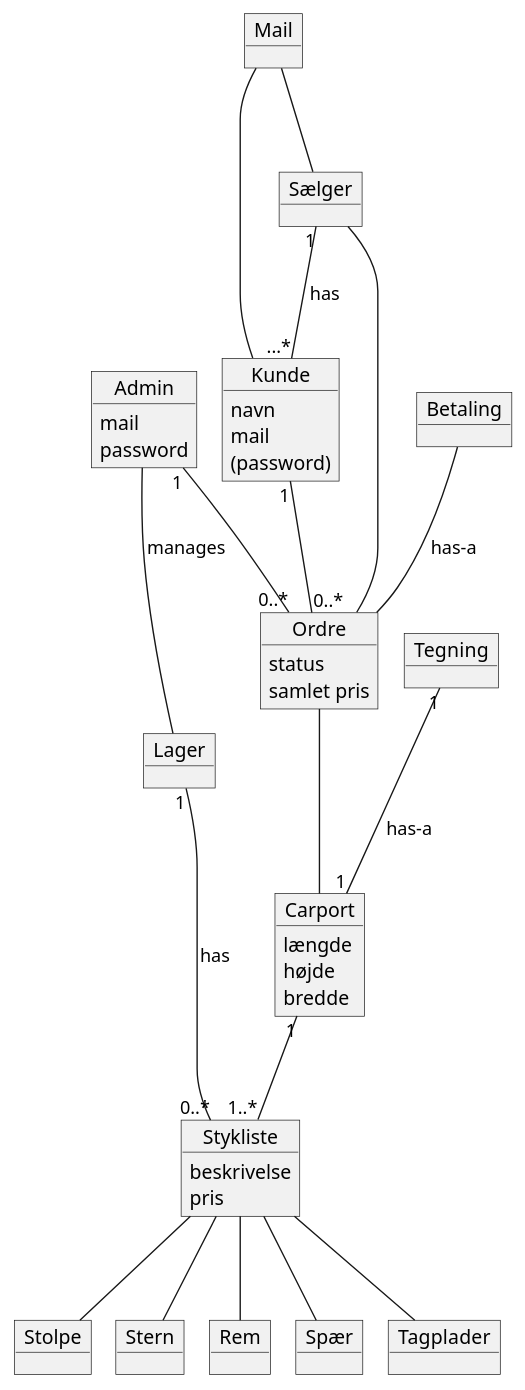
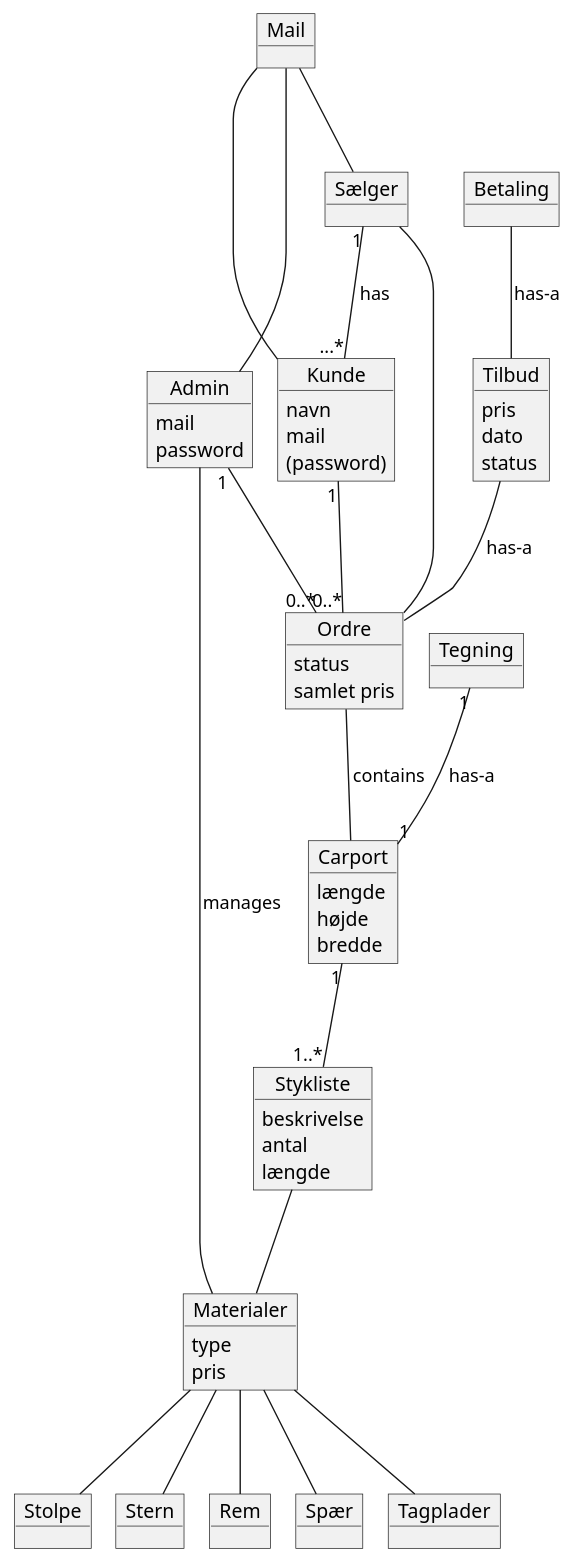
The diagram in docs/domainmodel.puml (KristinaBengtsson/Carport-teamb), drawn with PlantUML before and after one commit.

Commit message:
domænemodelv1 rettelser

```diff
--- a/docs/domainmodel.puml
+++ b/docs/domainmodel.puml
@@ -1,56 +1,68 @@
 @startuml
 !pragma layout smetana
 
 object Kunde
 Kunde : navn
 Kunde : mail
 Kunde : (password)
 
 object Admin
 Admin : mail
 Admin : password
 
 object Carport
 Carport : længde
 Carport : højde
 Carport : bredde
 
-object Lager
+
 object Tegning
+object Materialer
+Materialer : type
+Materialer : pris
 object Ordre
 Ordre : status
 Ordre : samlet pris
 
 object Stykliste
 Stykliste : beskrivelse
-Stykliste : pris
+Stykliste : antal
+Stykliste : længde
 
 object Mail
 object Sælger
 object Betaling
+object Tilbud
+Tilbud : pris
+Tilbud : dato
+Tilbud : status
 
 object Stolpe
 object Stern
 object Rem
 object Spær
 object Tagplader
 
 Kunde "1" --- "0..*" Ordre
 Admin "1" --- "0..*" Ordre
-Ordre --- Carport
+Ordre --- Carport :contains
 Carport "1" --- "1..*" Stykliste
-Stykliste --- Stolpe
-Stykliste --- Stern
-Stykliste --- Rem
-Stykliste --- Spær
-Stykliste --- Tagplader
-Betaling --- Ordre :has-a
+
+Tilbud --- Ordre :has-a
+Stykliste --- Materialer
+Betaling --- Tilbud :has-a
 Sælger ---  Ordre
-Lager "1" --- "0..*" Stykliste :has
 Tegning "1" --- "1" Carport :has-a
 Mail --- Sælger
+Mail --- Admin
 Mail --- Kunde
-Admin --- Lager :manages
+Admin --- Materialer :manages
+
 Sælger "1" --- "...*" Kunde :has
+Materialer --- Stolpe
+Materialer --- Stern
+Materialer --- Rem
+Materialer --- Spær
+Materialer --- Tagplader
 
 @enduml
```
